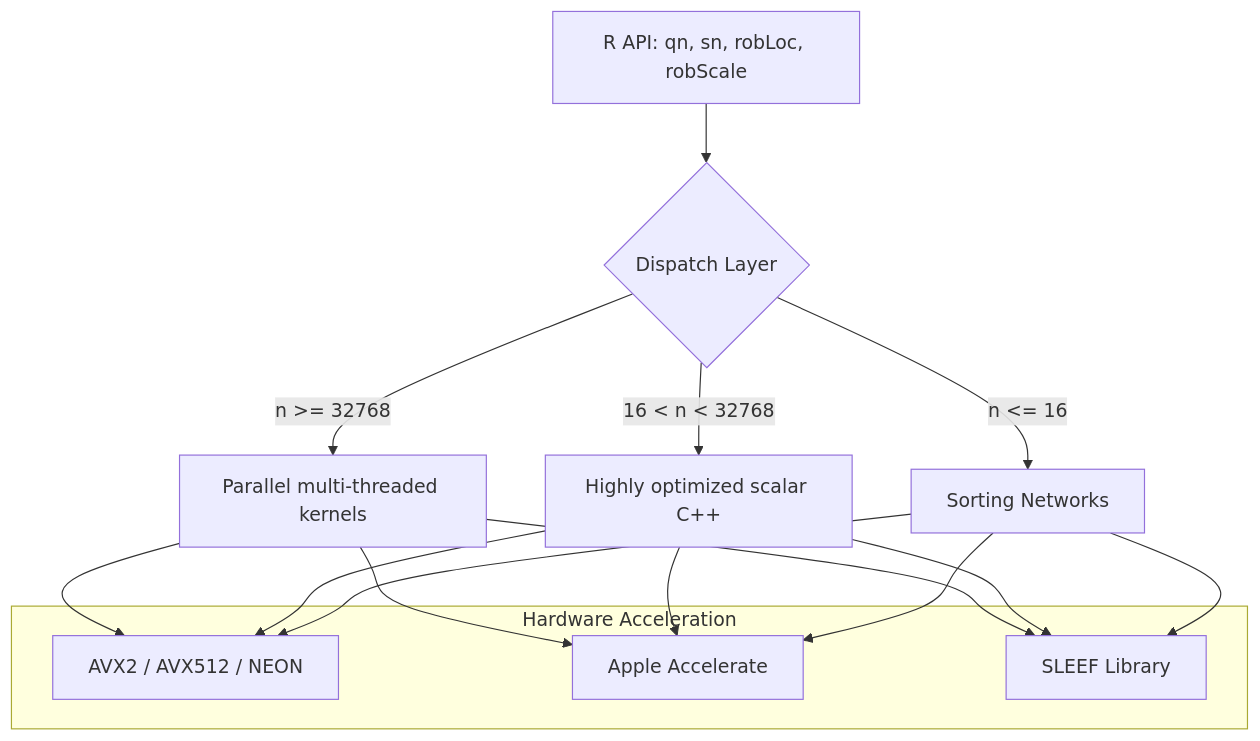
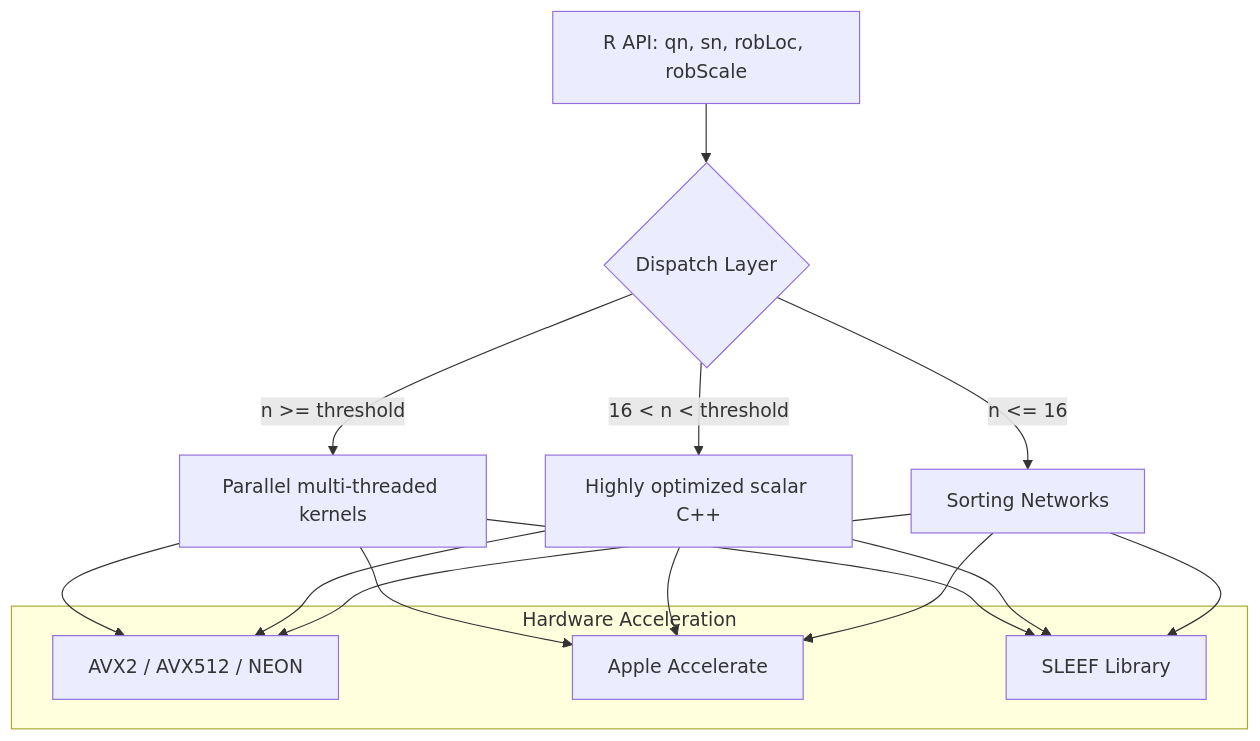
Before and after one commit to davdittrich/robscale: the third of 3 diagrams in README.qmd, drawn with Mermaid. The commit also changed other lines of this file and 2 other files, not shown here.

````diff
--- a/README.qmd
+++ b/README.qmd
@@ -617,13 +618,13 @@
 ```mermaid
 graph TD
     A[R API: qn, sn, robLoc, robScale] --> B{Dispatch Layer}
     B -- "n <= 16" --> C[Sorting Networks]
-    B -- "16 < n < 32768" --> D[Highly optimized scalar C++]
-    B -- "n >= 32768" --> E[Parallel multi-threaded kernels]
+    B -- "16 < n < threshold" --> D[Highly optimized scalar C++]
+    B -- "n >= threshold" --> E[Parallel multi-threaded kernels]
     subgraph "Hardware Acceleration"
         G[AVX2 / AVX512 / NEON]
         H[Apple Accelerate]
         I[SLEEF Library]
     end
     E & D & C --> G & H & I
 ```
````
